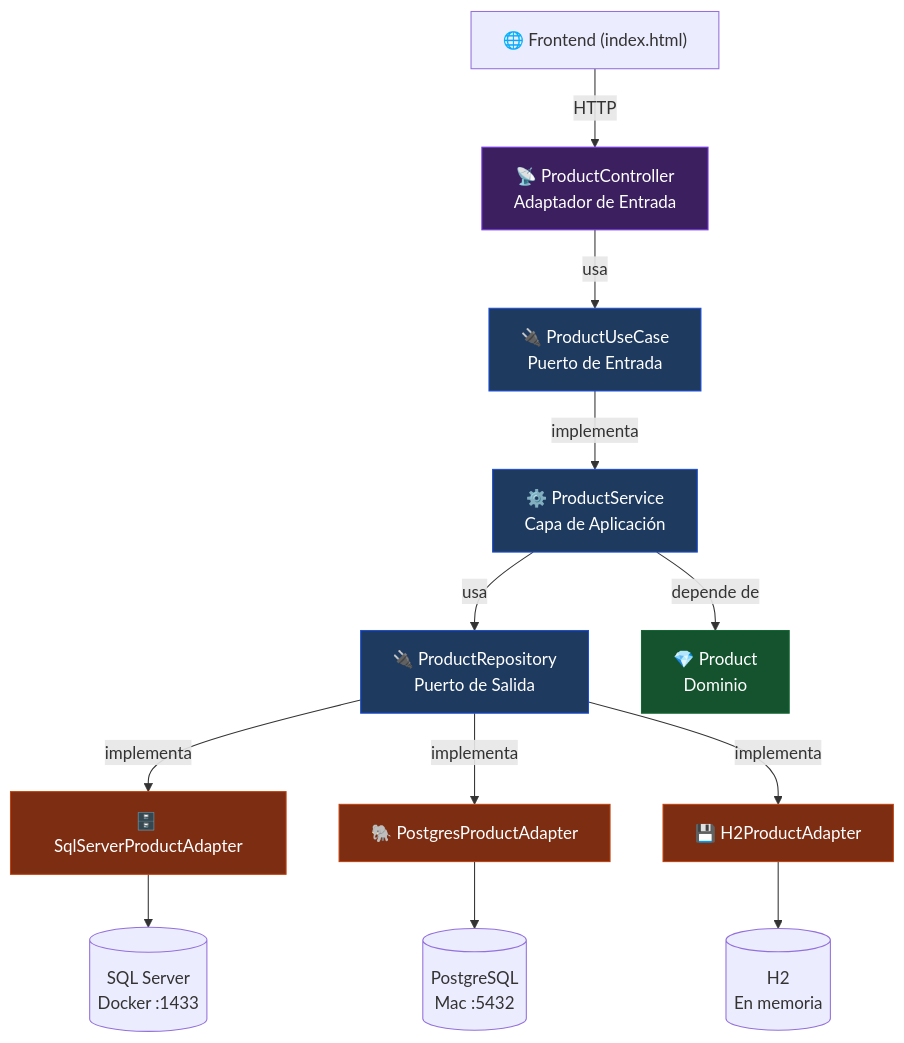
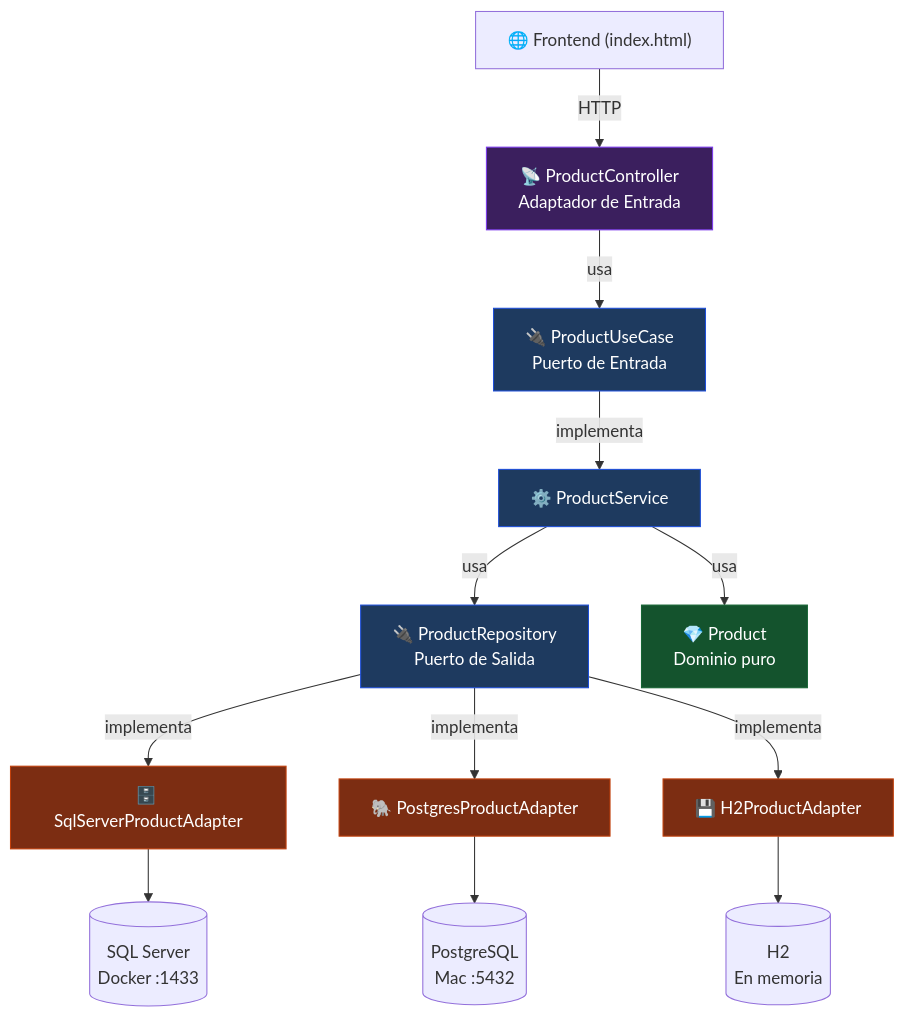
The first of 3 diagrams in hexagonal-demo/README.md (Edwinramirezgon/Arquitectura-hexagonal), drawn with Mermaid before and after one commit. The commit also changed other lines of this file and 10 other files, not shown here.

````diff
--- a/hexagonal-demo/README.md
+++ b/hexagonal-demo/README.md
@@ -17,38 +17,38 @@
 ```mermaid
 graph TD
     UI["🌐 Frontend (index.html)"]
     CTRL["📡 ProductController\nAdaptador de Entrada"]
     PORT_IN["🔌 ProductUseCase\nPuerto de Entrada"]
-    SVC["⚙️ ProductService\nCapa de Aplicación"]
+    SVC["⚙️ ProductService"]
     PORT_OUT["🔌 ProductRepository\nPuerto de Salida"]
-    DOM["💎 Product\nDominio"]
+    DOM["💎 Product\nDominio puro"]
 
     SQL["🗄️ SqlServerProductAdapter"]
     PG["🐘 PostgresProductAdapter"]
     H2["💾 H2ProductAdapter"]
 
     DB_SQL[("SQL Server\nDocker :1433")]
     DB_PG[("PostgreSQL\nMac :5432")]
     DB_H2[("H2\nEn memoria")]
 
     UI -->|HTTP| CTRL
     CTRL -->|usa| PORT_IN
     PORT_IN -->|implementa| SVC
-    SVC -->|depende de| DOM
+    SVC -->|usa| DOM
     SVC -->|usa| PORT_OUT
     PORT_OUT -->|implementa| SQL
     PORT_OUT -->|implementa| PG
     PORT_OUT -->|implementa| H2
     SQL --> DB_SQL
     PG --> DB_PG
     H2 --> DB_H2
 
     style DOM fill:#14532d,color:#fff,stroke:#166534
     style SVC fill:#1e3a5f,color:#fff,stroke:#1d4ed8
     style PORT_IN fill:#1e3a5f,color:#fff,stroke:#1d4ed8
     style PORT_OUT fill:#1e3a5f,color:#fff,stroke:#1d4ed8
     style CTRL fill:#3b1f5e,color:#fff,stroke:#7c3aed
     style SQL fill:#7c2d12,color:#fff,stroke:#c2410c
     style PG fill:#7c2d12,color:#fff,stroke:#c2410c
     style H2 fill:#7c2d12,color:#fff,stroke:#c2410c
 ```
````
